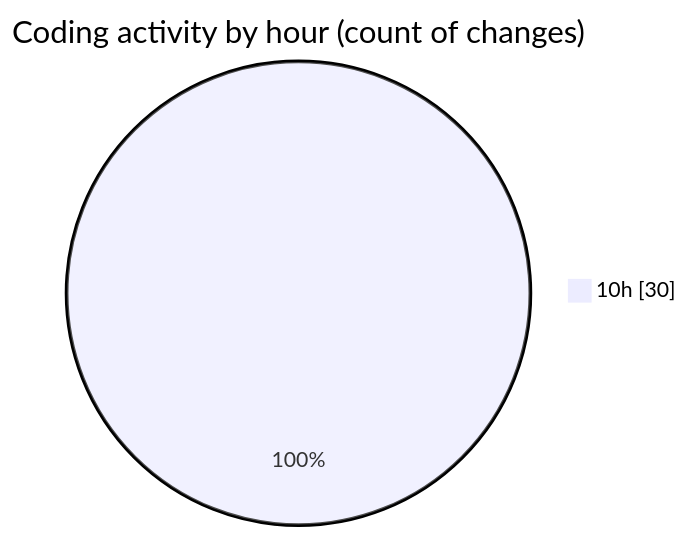
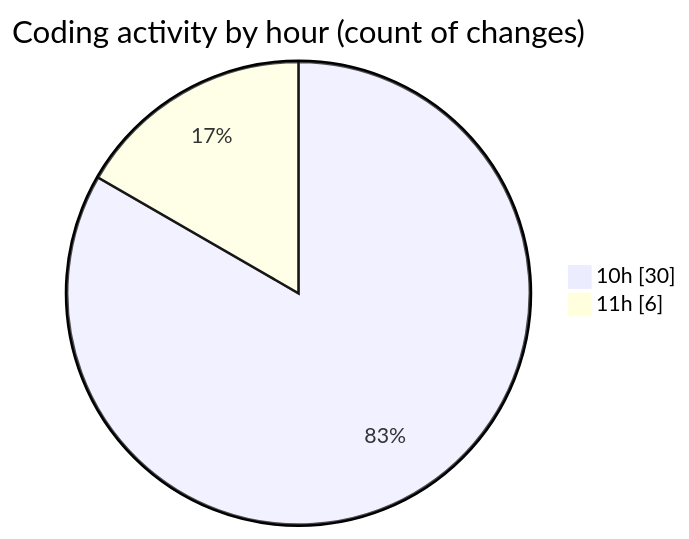
Before and after one commit to momahboobian/code-tracking: the second of 2 diagrams in 2025-05-01/cda/README.md, drawn with Mermaid. The commit also changed other lines of this file and 1 other file, not shown here.

````diff
--- a/2025-05-01/cda/README.md
+++ b/2025-05-01/cda/README.md
@@ -33,5 +34,6 @@
 ```mermaid
 pie showData
 title Coding activity by hour (count of changes)
 "10h" : 30
+"11h" : 6
 ```
````
